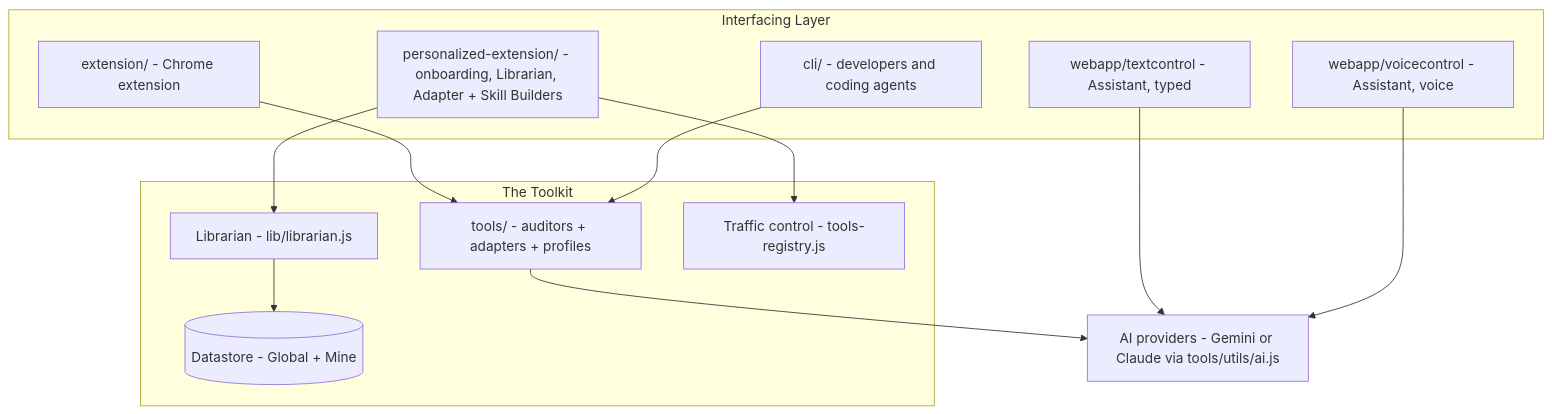
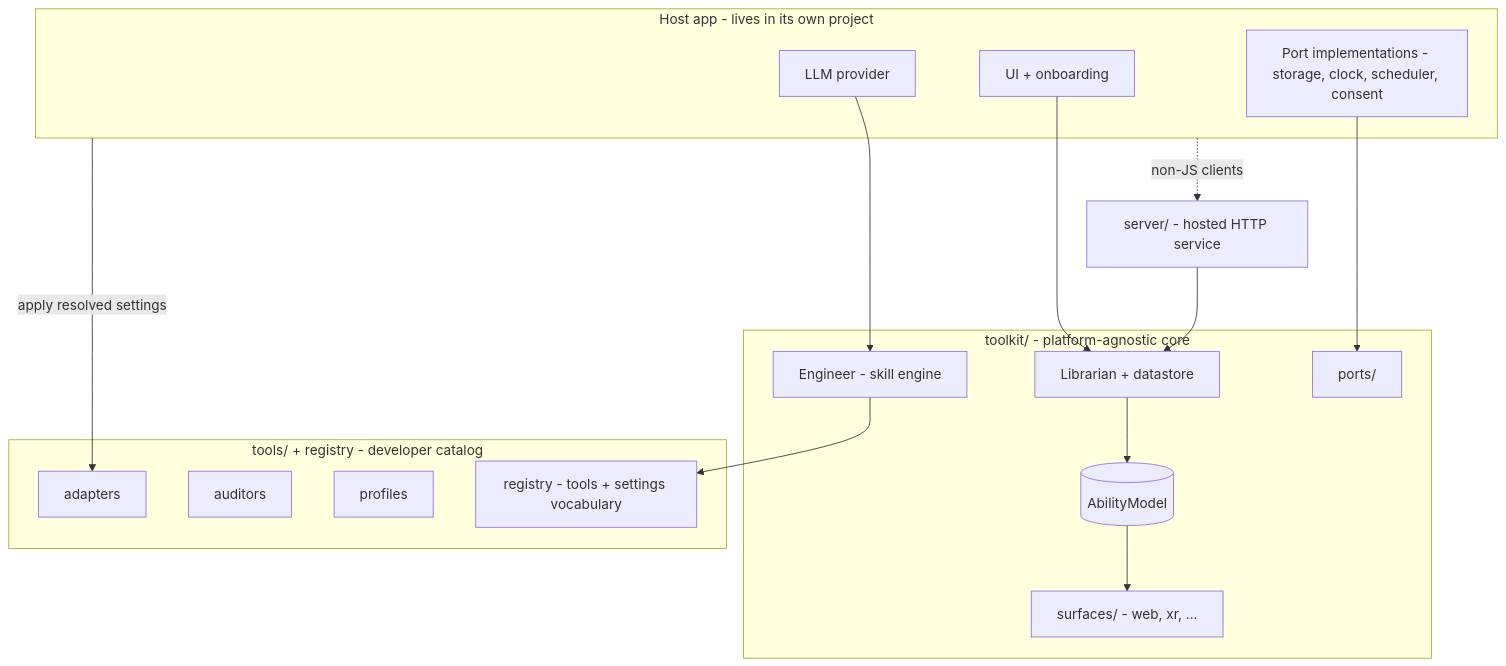
Before and after one commit to AI-for-Accessibility-Collective/AI-for-Accessibility-Toolkit: the diagram in docs/architecture.md, drawn with Mermaid. The commit also changed other lines of this file and 5 other files, not shown here.

First line of the commit message:
rearch: rewrite docs as a general developer toolkit for agentic accessibility

````diff
--- a/docs/architecture.md
+++ b/docs/architecture.md
@@ -117,27 +120,34 @@
 ```mermaid
 flowchart TB
-    subgraph Interfaces[Interfacing Layer]
-        EXT[extension/ - Chrome extension]
-        PEXT[personalized-extension/ - onboarding, Librarian, Adapter + Skill Builders]
-        TXT[webapp/textcontrol - Assistant, typed]
-        VOICE[webapp/voicecontrol - Assistant, voice]
-        CLI[cli/ - developers and coding agents]
+    subgraph Host[Host app - lives in its own project]
+        UI[UI + onboarding]
+        PORTS_IMPL[Port implementations - storage, clock, scheduler, consent]
+        LLM[LLM provider]
     end
 
-    subgraph Toolkit[The Toolkit]
-        TOOLS[tools/ - auditors + adapters + profiles]
-        LIB[Librarian - lib/librarian.js]
-        REG[Traffic control - tools-registry.js]
-        DS[(Datastore - Global + Mine)]
+    subgraph Core[toolkit/ - platform-agnostic core]
+        LIB[Librarian + datastore]
+        ENG[Engineer - skill engine]
+        MODEL[(AbilityModel)]
+        PORTS[ports/]
+        SURF[surfaces/ - web, xr, ...]
     end
 
-    AI[AI providers - Gemini or Claude via tools/utils/ai.js]
+    subgraph Catalog[tools/ + registry - developer catalog]
+        ADAPTERS[adapters]
+        AUDITORS[auditors]
+        PROFILES[profiles]
+        REG[registry - tools + settings vocabulary]
+    end
 
-    EXT --> TOOLS
-    PEXT --> LIB --> DS
-    PEXT --> REG
-    TXT --> AI
-    VOICE --> AI
-    CLI --> TOOLS
-    TOOLS --> AI
+    SERVER[server/ - hosted HTTP service]
+
+    UI --> LIB
+    PORTS_IMPL --> PORTS
+    LLM --> ENG
+    LIB --> MODEL --> SURF
+    ENG --> REG
+    SERVER --> LIB
+    Host -.non-JS clients.-> SERVER
+    Host -->|apply resolved settings| ADAPTERS
 ```
````
